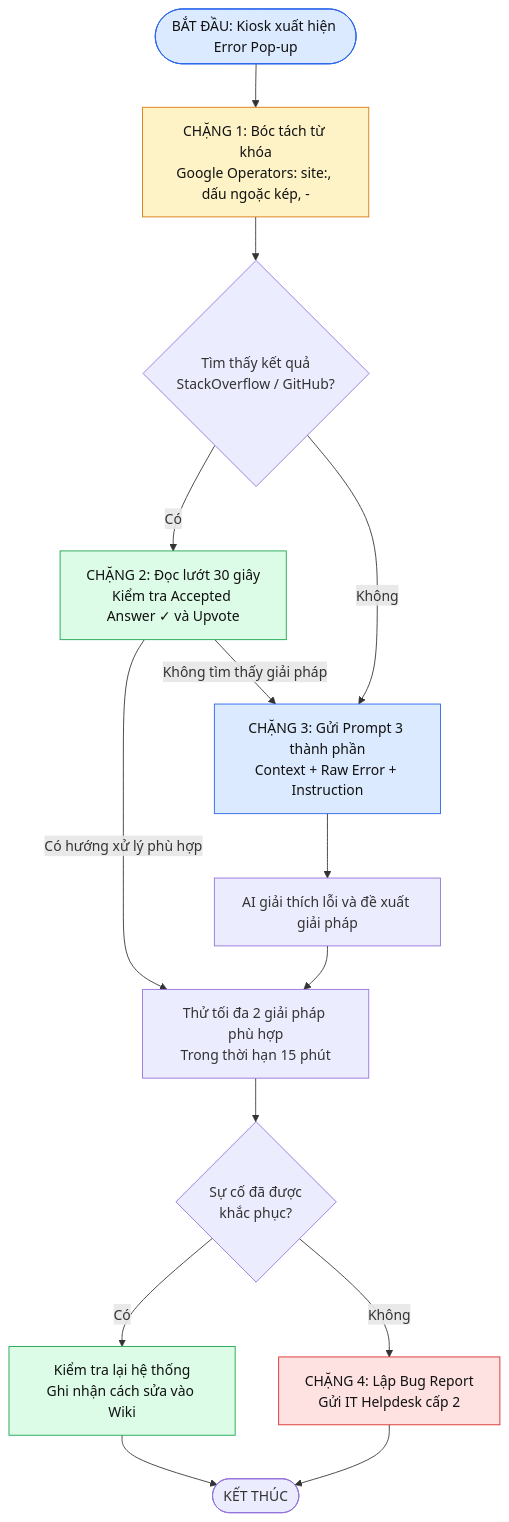
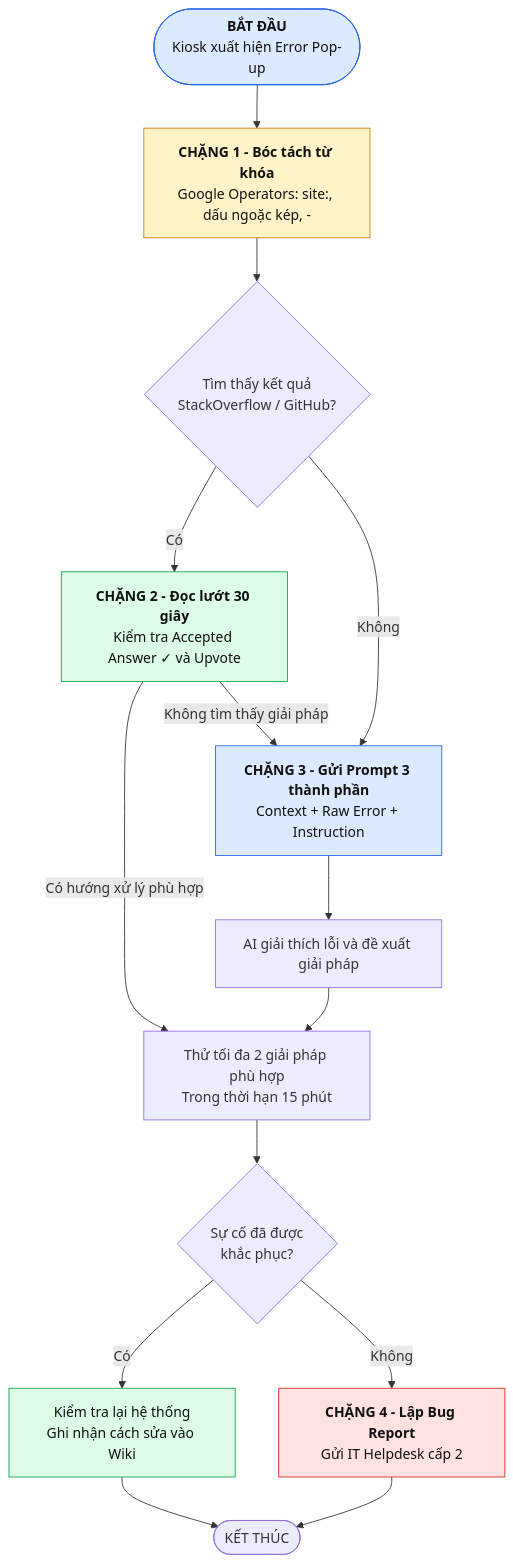
Before and after one commit to Duyanh2k8/HCM-KS26-CNTT1_NMCNTT_Session21_Ex10: the diagram in Bai10.md, drawn with Mermaid.

````diff
--- a/Bai10.md
+++ b/Bai10.md
@@ -22,35 +22,35 @@
 ```mermaid
 flowchart TD
-    A(["BẮT ĐẦU: Kiosk xuất hiện Error Pop-up"])
-    B["CHẶNG 1: Bóc tách từ khóa<br/>Google Operators: site:, dấu ngoặc kép, -"]
+    A(["<b>BẮT ĐẦU</b></br>Kiosk xuất hiện Error Pop-up"])
+    B["<b>CHẶNG 1 - Bóc tách từ khóa</b><br/>Google Operators: site:, dấu ngoặc kép, -"]
     C{"Tìm thấy kết quả<br/>StackOverflow / GitHub?"}
-    D["CHẶNG 2: Đọc lướt 30 giây<br/>Kiểm tra Accepted Answer ✓ và Upvote"]
-    E["CHẶNG 3: Gửi Prompt 3 thành phần<br/>Context + Raw Error + Instruction"]
+    D["<b>CHẶNG 2 - Đọc lướt 30 giây</b><br/>Kiểm tra Accepted Answer ✓ và Upvote"]
+    E["<b>CHẶNG 3 - Gửi Prompt 3 thành phần</b><br/>Context + Raw Error + Instruction"]
     F["AI giải thích lỗi và đề xuất giải pháp"]
     G["Thử tối đa 2 giải pháp phù hợp<br/>Trong thời hạn 15 phút"]
     H{"Sự cố đã được<br/>khắc phục?"}
     I["Kiểm tra lại hệ thống<br/>Ghi nhận cách sửa vào Wiki"]
-    J["CHẶNG 4: Lập Bug Report<br/>Gửi IT Helpdesk cấp 2"]
+    J["<b>CHẶNG 4 - Lập Bug Report</b><br/>Gửi IT Helpdesk cấp 2"]
     K(["KẾT THÚC"])
 
     A --> B
     B --> C
     C -->|Có| D
     C -->|Không| E
     D -->|Có hướng xử lý phù hợp| G
     D -->|Không tìm thấy giải pháp| E
     E --> F
     F --> G
     G --> H
     H -->|Có| I
     H -->|Không| J
     I --> K
     J --> K
 
     style A fill:#dbeafe,stroke:#2563eb,color:#111
     style B fill:#fef3c7,stroke:#d97706,color:#111
     style D fill:#dcfce7,stroke:#16a34a,color:#111
     style E fill:#dbeafe,stroke:#2563eb,color:#111
     style J fill:#fee2e2,stroke:#dc2626,color:#111
     style I fill:#dcfce7,stroke:#16a34a,color:#111
 ```
````
